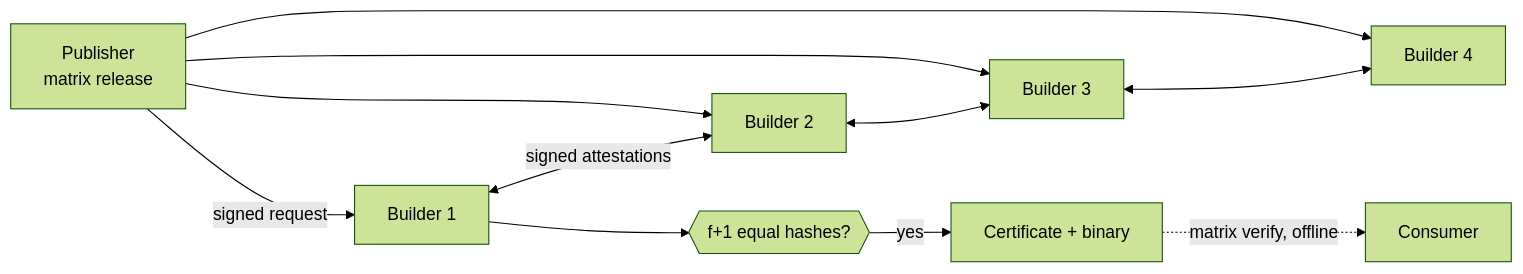
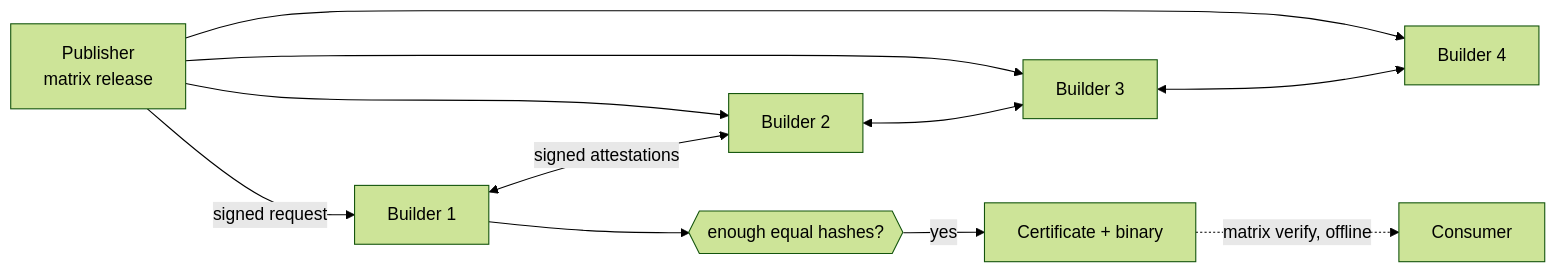
The diagram in README.md (ChaoticNebula5/Matrix), drawn with Mermaid (forest theme) before and after one commit. The commit also changed other lines of this file, not shown here.

````diff
--- a/README.md
+++ b/README.md
@@ -24,13 +42,13 @@
 ```mermaid
 flowchart LR
     P[Publisher<br/>matrix release] -->|signed request| B1[Builder 1]
     P --> B2[Builder 2]
     P --> B3[Builder 3]
     P --> B4[Builder 4]
     B1 <-->|signed attestations| B2
     B2 <--> B3
     B3 <--> B4
-    B1 --> C{{"f+1 equal hashes?"}}
+    B1 --> C{{"enough equal hashes?"}}
     C -->|yes| CERT[Certificate + binary]
     CERT -.->|matrix verify, offline| U[Consumer]
 ```
````
